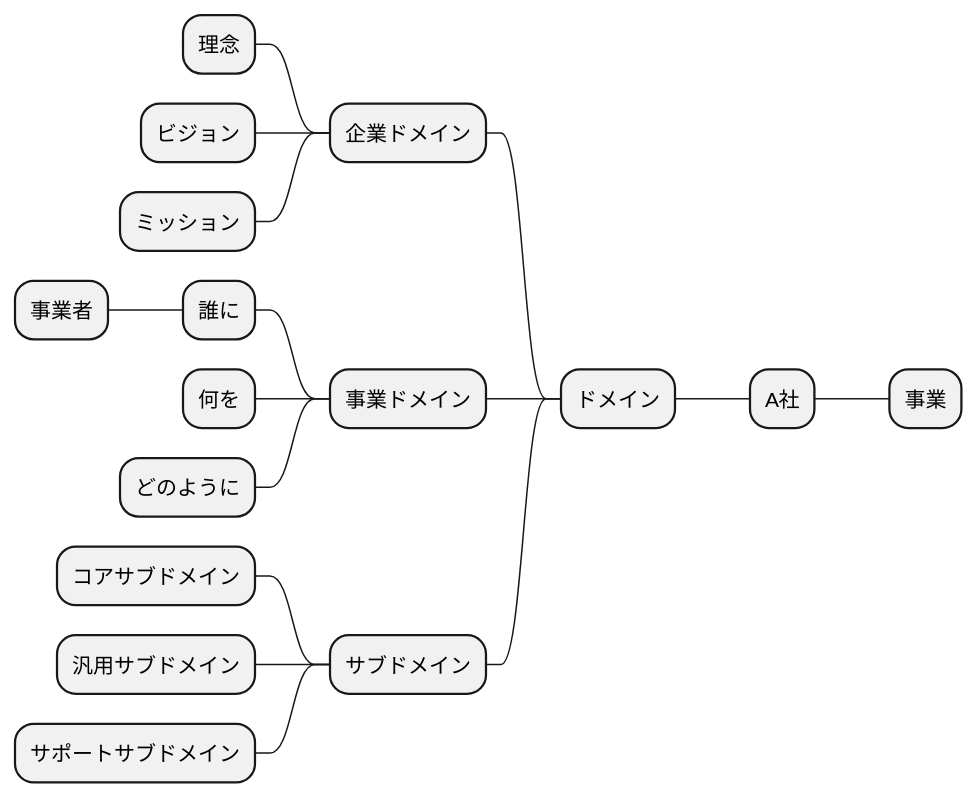
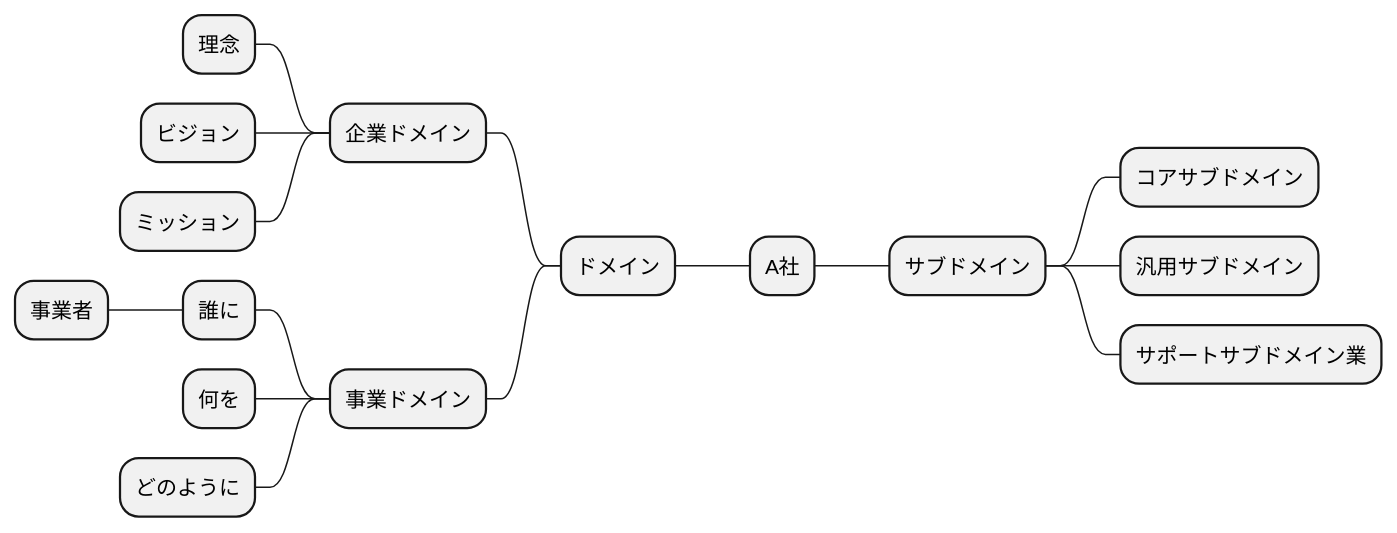
Diagram 12 of 15 in docs/case/r0X_case_X.adoc (k2works/case-sutudy-business-analysis), drawn with PlantUML before and after one commit.

Commit message:
dcos:テンプレート

```diff
--- a/docs/case/r0X_case_X.adoc
+++ b/docs/case/r0X_case_X.adoc
@@ -222,23 +222,22 @@
 [plantuml]
 ----
 @startmindmap
 
 * A社
 -- ドメイン
 --- 企業ドメイン
 ---- 理念
 ---- ビジョン
 ---- ミッション
 --- 事業ドメイン
 ---- 誰に
 ----- 事業者
 ---- 何を
 ---- どのように
---- サブドメイン
----- コアサブドメイン
----- 汎用サブドメイン
----- サポートサブドメイン
-** 事業
+** サブドメイン
+*** コアサブドメイン
+*** 汎用サブドメイン
+*** サポートサブドメイン業
 
 @endmindmap
 ----
```
